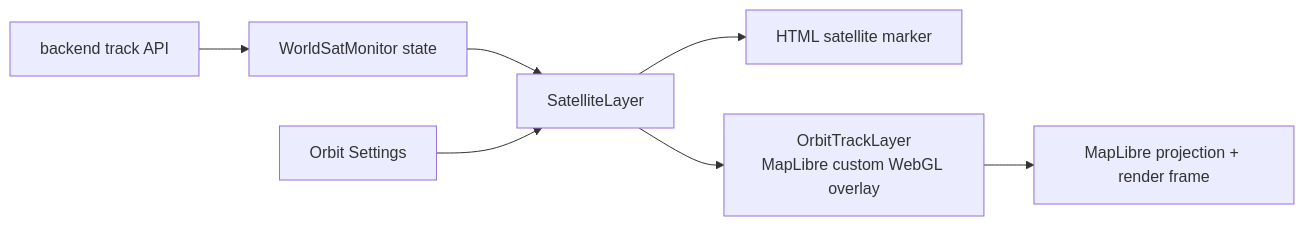
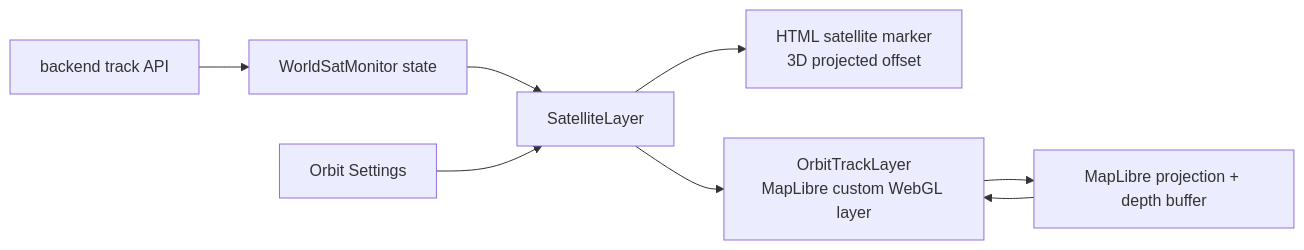
One commit to ExoSpaceLabs/world-sat-monitor changed the fifth of 5 diagrams in docs/orbit-display.md. Above: the diagram before and after it, drawn with Mermaid. The commit also changed other lines of this file, not shown here.

Commit message:
docs(world-sat-monitor): document orbit depth occlusion

````diff
--- a/docs/orbit-display.md
+++ b/docs/orbit-display.md
@@ -86,9 +117,10 @@
 ```mermaid
 flowchart LR
     API[backend track API] --> UI[WorldSatMonitor state]
     UI --> SAT[SatelliteLayer]
-    SAT --> MARKER[HTML satellite marker]
-    SAT --> TRACK[OrbitTrackLayer<br/>MapLibre custom WebGL overlay]
+    SAT --> MARKER[HTML satellite marker<br/>3D projected offset]
+    SAT --> TRACK[OrbitTrackLayer<br/>MapLibre custom WebGL layer]
     SETTINGS[Orbit Settings] --> SAT
-    TRACK --> MAP[MapLibre projection + render frame]
+    TRACK --> MAP[MapLibre projection + depth buffer]
+    MAP --> TRACK
 ```
````
